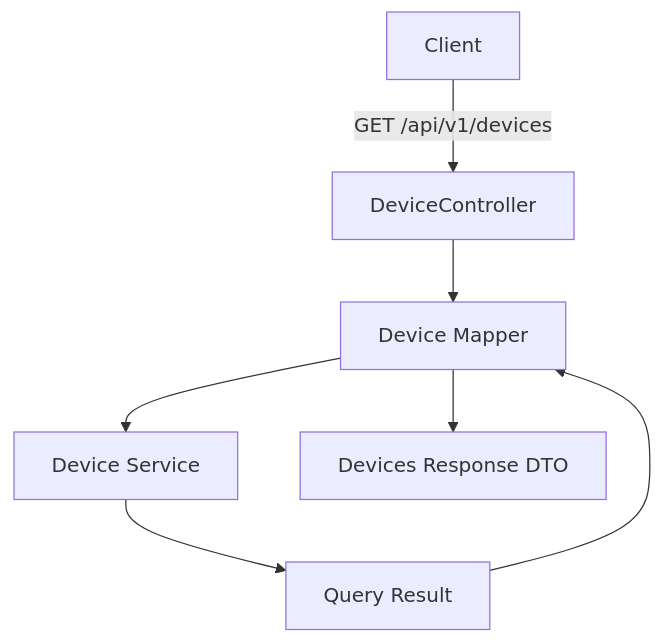
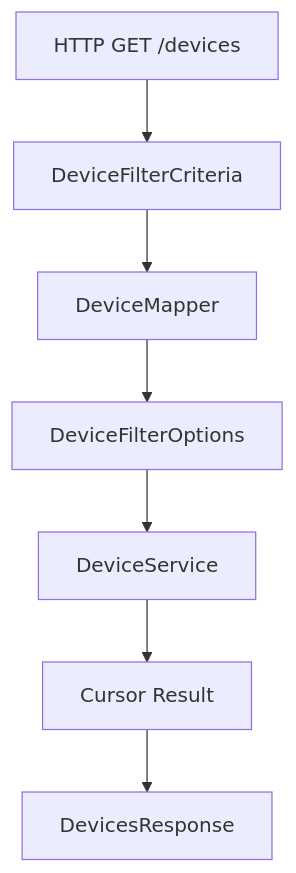
The second of 6 diagrams in docs/reference/architecture/external-api-service-core/external-api-service-core.md (flamingo-stack/openframe-oss-lib), drawn with Mermaid before and after one commit. The commit also changed other lines of this file and 212 other files, not shown here.

````diff
--- a/docs/reference/architecture/external-api-service-core/external-api-service-core.md
+++ b/docs/reference/architecture/external-api-service-core/external-api-service-core.md
@@ -133,9 +150,9 @@
 ```mermaid
 flowchart TD
-    Client -->|"GET /api/v1/devices"| DeviceController
-    DeviceController --> Mapper["Device Mapper"]
-    Mapper --> DeviceService["Device Service"]
-    DeviceService --> Result["Query Result"]
-    Result --> Mapper
-    Mapper --> DevicesResponse["Devices Response DTO"]
+    Request["HTTP GET /devices"] --> Criteria["DeviceFilterCriteria"]
+    Criteria --> Mapper["DeviceMapper"]
+    Mapper --> Options["DeviceFilterOptions"]
+    Options --> Service["DeviceService"]
+    Service --> Result["Cursor Result"]
+    Result --> Response["DevicesResponse"]
 ```
````
